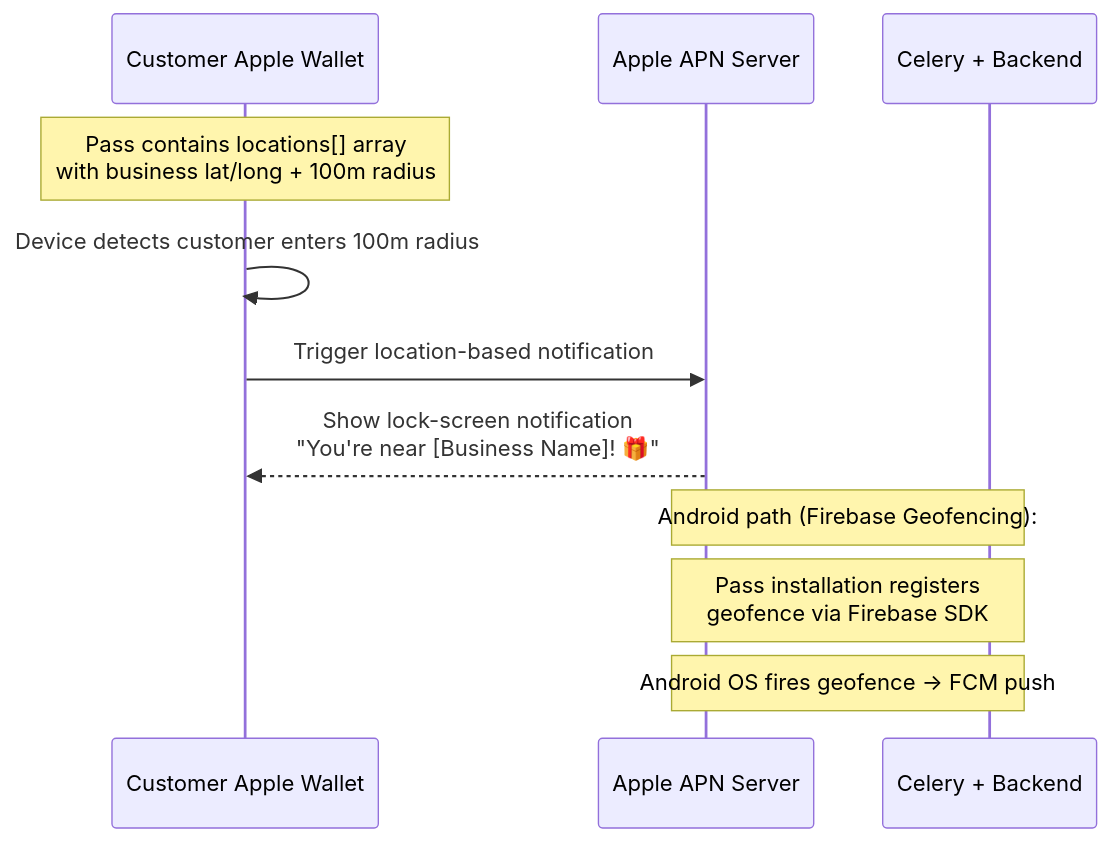
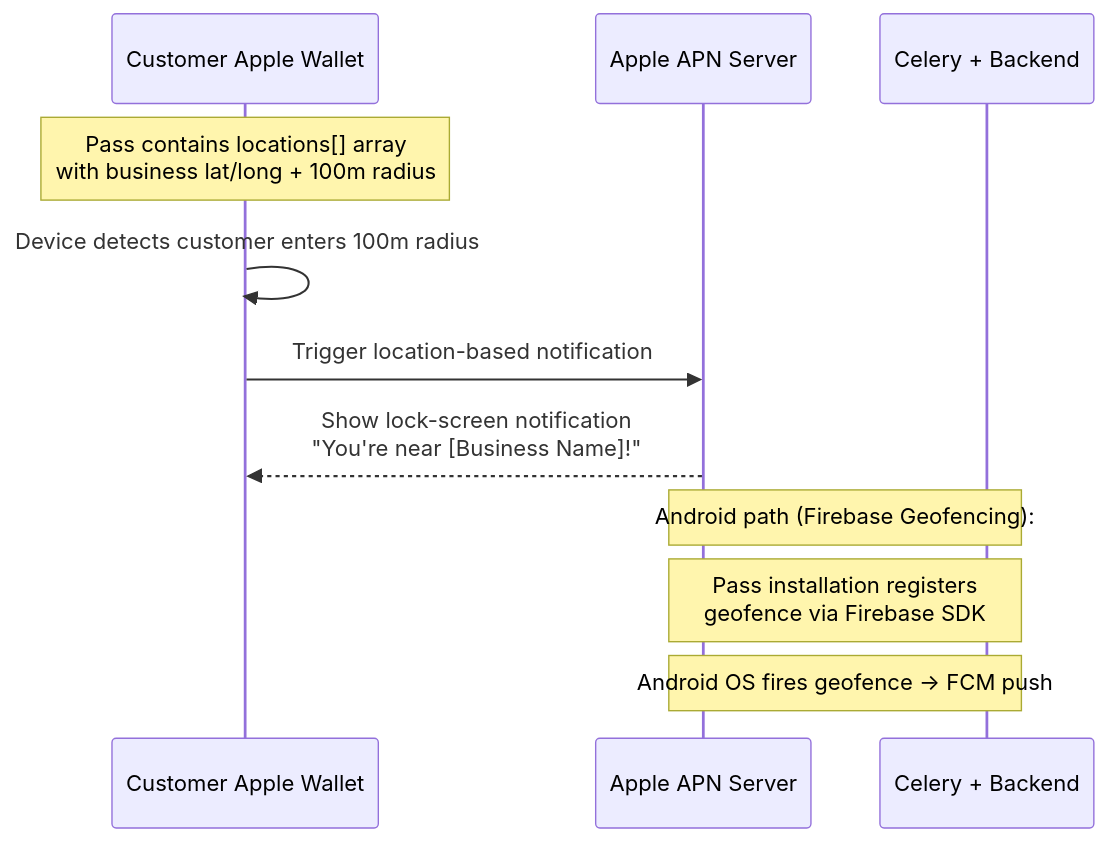
One commit to somatechlat/loyallia changed the fifth of 12 diagrams in docs/ARCHITECTURE.md. Above: the diagram before and after it, drawn with Mermaid. The commit also changed other lines of this file and 212 other files, not shown here.

````diff
--- a/docs/ARCHITECTURE.md
+++ b/docs/ARCHITECTURE.md
@@ -260,16 +248,16 @@
 ```mermaid
 sequenceDiagram
     participant Wallet as Customer Apple Wallet
     participant APN as Apple APN Server
     participant CEL as Celery + Backend
 
     Note over Wallet: Pass contains locations[] array<br/>with business lat/long + 100m radius
 
     Wallet->>Wallet: Device detects customer enters 100m radius
     Wallet->>APN: Trigger location-based notification
-    APN-->>Wallet: Show lock-screen notification<br/>"You're near [Business Name]! 🎁"
+    APN-->>Wallet: Show lock-screen notification<br/>"You're near [Business Name]!"
 
     Note over CEL,APN: Android path (Firebase Geofencing):
     Note over CEL,APN: Pass installation registers<br/>geofence via Firebase SDK
     Note over CEL,APN: Android OS fires geofence → FCM push
 ```
````
